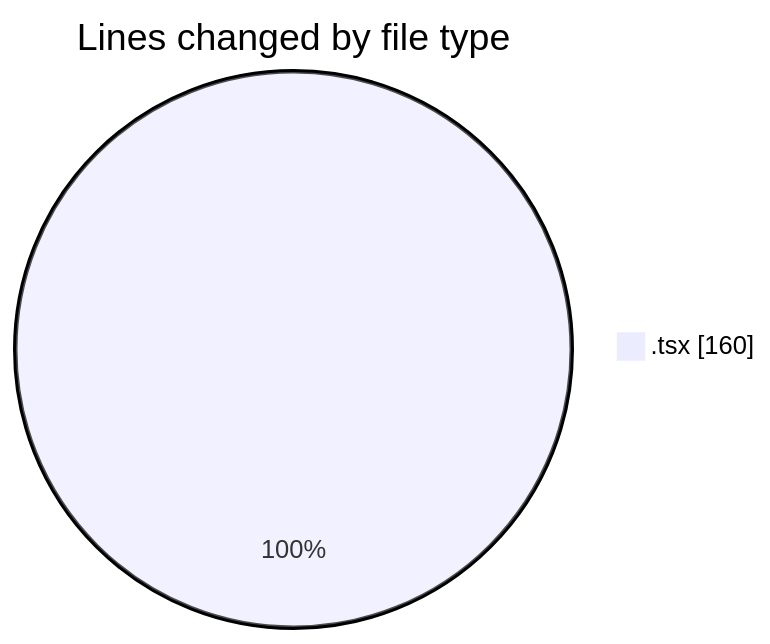
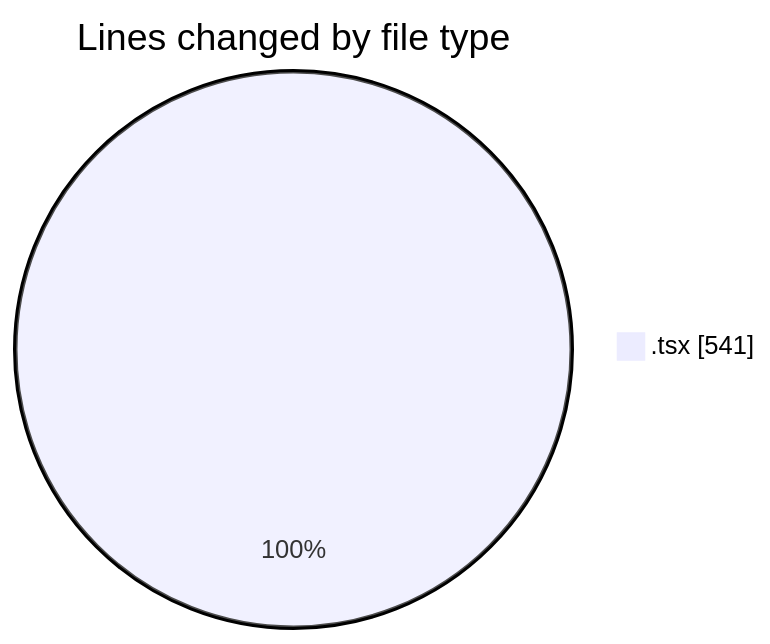
The first of 2 diagrams in 2026-02-12/nxtqube_webapp/README.md (nxtqubesakshisongat/code-tracking), drawn with Mermaid before and after one commit. The commit also changed other lines of this file and 1 other file, not shown here.

````diff
--- a/2026-02-12/nxtqube_webapp/README.md
+++ b/2026-02-12/nxtqube_webapp/README.md
@@ -20,5 +21,5 @@
 ```mermaid
 pie showData
 title Lines changed by file type
-".tsx" : 160
+".tsx" : 541
 ```
````
